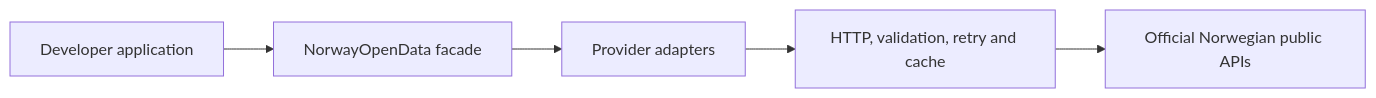
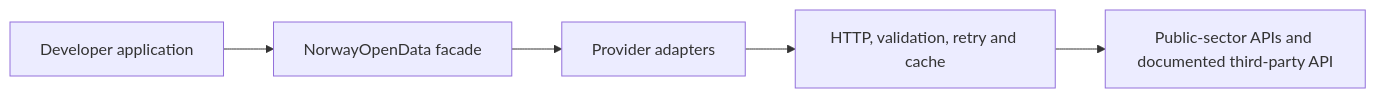
The diagram in README.md (iamkm1/Norway-Open-Data), drawn with Mermaid before and after one commit. The commit also changed other lines of this file and 32 other files, not shown here.

````diff
--- a/README.md
+++ b/README.md
@@ -312,13 +330,13 @@
 ```mermaid
 flowchart LR
   App[Developer application]
   Facade[NorwayOpenData facade]
   Adapters[Provider adapters]
   Core[HTTP, validation, retry and cache]
-  APIs[Official Norwegian public APIs]
+  APIs[Public-sector APIs and documented third-party API]
 
   App --> Facade
   Facade --> Adapters
   Adapters --> Core
   Core --> APIs
 ```
````
